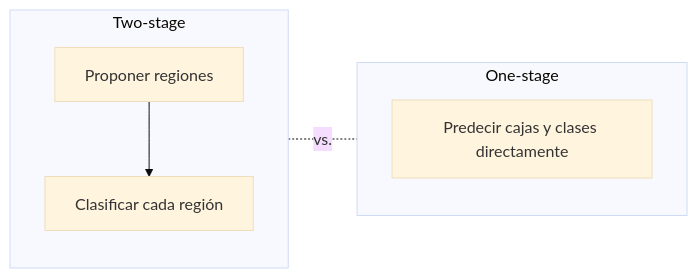
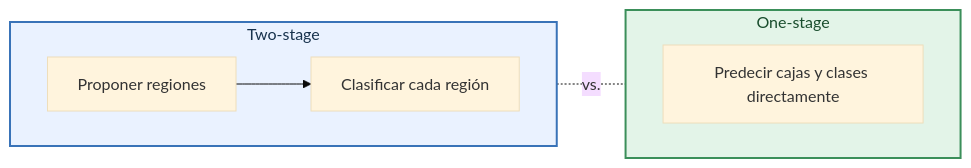
Before and after one commit to ignacio-scarinci/ia-fisica-medica: the second of 5 diagrams in unidad3/clase1.qmd, drawn with Mermaid (base theme). The commit also changed other lines of this file, not shown here.

Commit message:
Corrige la sintaxis de mermaid y mejora la visualización de flujos en la Clase 1 de Unidad 3

````diff
--- a/unidad3/clase1.qmd
+++ b/unidad3/clase1.qmd
@@ -283,12 +283,20 @@
 ```{mermaid}
 %%| echo: false
 
 flowchart LR
     subgraph T["Two-stage"]
+        direction LR
         A["Proponer regiones"] --> B["Clasificar cada región"]
     end
     subgraph O["One-stage"]
+        direction LR
         C["Predecir cajas y clases directamente"]
     end
     T -. "vs." .- O
+
+    classDef twoStage fill:#eaf2ff,stroke:#3973b8,stroke-width:2px,color:#17324d
+    classDef oneStage fill:#e3f4e8,stroke:#3b8f5a,stroke-width:2px,color:#194d2d
+    class T twoStage
+    class O oneStage
+    
 ```
````
